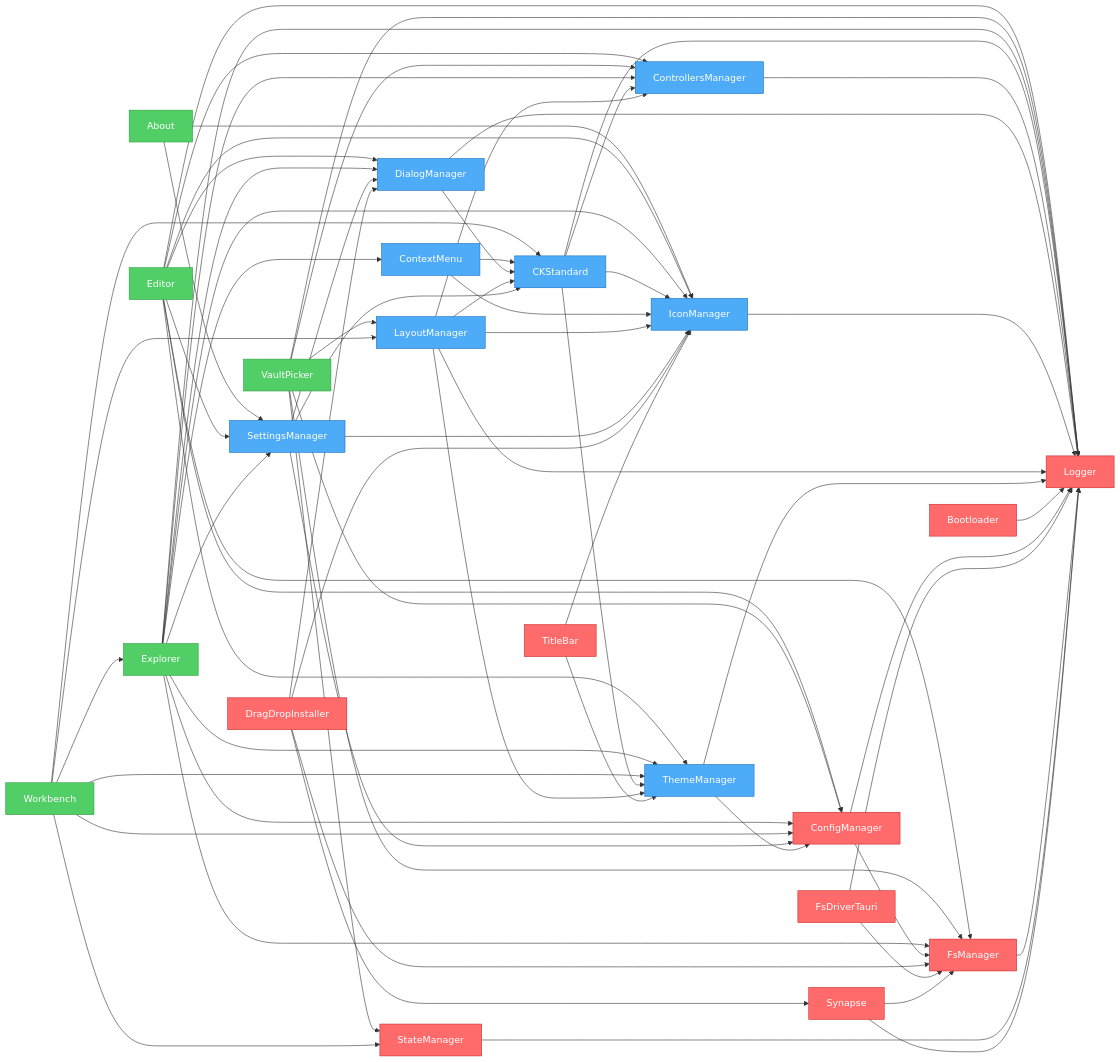
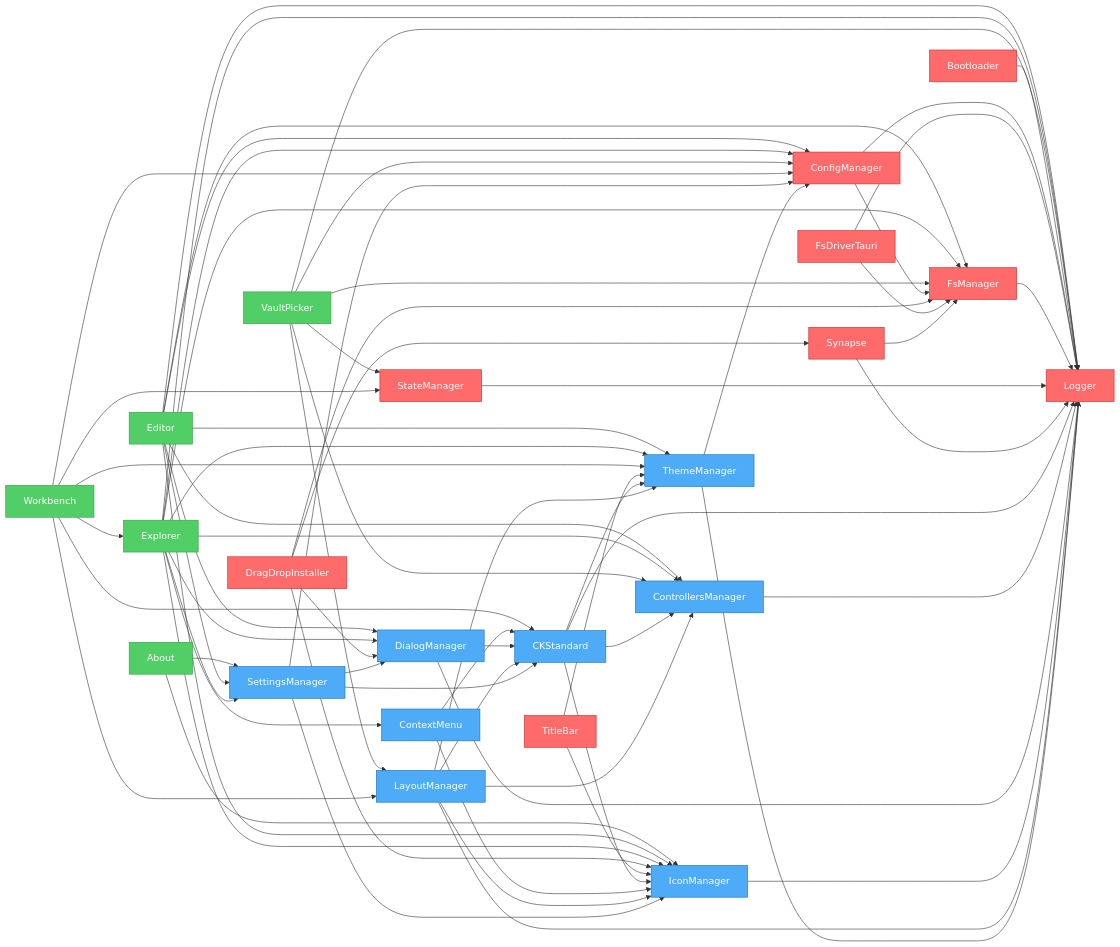
The diagram in artifacts/graph.mmd (khton-tech/notehub.md), drawn with Mermaid before and after one commit. The commit also changed other lines of this file and 31 other files, not shown here.

```diff
--- a/artifacts/graph.mmd
+++ b/artifacts/graph.mmd
@@ -1,99 +1,99 @@
 flowchart LR
     nh_features_about["About"]
     nh_features_editor["Editor"]
+    nh_features_explorer["Explorer"]
     nh_features_vault-picker["VaultPicker"]
-    nh_features_explorer["Explorer"]
     nh_features_workbench["Workbench"]
-    nh_ui_ck-standard["CKStandard"]
-    nh_ui_context-menu["ContextMenu"]
-    nh_ui_controllers-manager["ControllersManager"]
-    nh_ui_dialog-manager["DialogManager"]
-    nh_ui_icon-manager["IconManager"]
-    nh_ui_layout-manager["LayoutManager"]
-    nh_ui_settings-manager["SettingsManager"]
-    nh_ui_theme-manager["ThemeManager"]
     nh_system_bootloader["Bootloader"]
     nh_system_config-manager["ConfigManager"]
     nh_system_drag-drop["DragDropInstaller"]
     nh_system_fs-driver-tauri["FsDriverTauri"]
     nh_system_fs-manager["FsManager"]
     nh_system_logger["Logger"]
     nh_system_state-manager["StateManager"]
     nh_system_synapse["Synapse"]
     nh_system_titlebar["TitleBar"]
+    nh_ui_ck-standard["CKStandard"]
+    nh_ui_context-menu["ContextMenu"]
+    nh_ui_controllers-manager["ControllersManager"]
+    nh_ui_dialog-manager["DialogManager"]
+    nh_ui_icon-manager["IconManager"]
+    nh_ui_layout-manager["LayoutManager"]
+    nh_ui_settings-manager["SettingsManager"]
+    nh_ui_theme-manager["ThemeManager"]
     nh_features_about --> nh_ui_settings-manager
     nh_features_about --> nh_ui_icon-manager
     nh_features_editor --> nh_system_config-manager
     nh_features_editor --> nh_ui_settings-manager
     nh_features_editor --> nh_system_fs-manager
     nh_features_editor --> nh_system_logger
     nh_features_editor --> nh_ui_controllers-manager
     nh_features_editor --> nh_ui_dialog-manager
     nh_features_editor --> nh_ui_icon-manager
     nh_features_editor --> nh_ui_theme-manager
-    nh_features_vault-picker --> nh_system_fs-manager
-    nh_features_vault-picker --> nh_system_config-manager
-    nh_features_vault-picker --> nh_system_state-manager
-    nh_features_vault-picker --> nh_system_logger
-    nh_features_vault-picker --> nh_ui_controllers-manager
-    nh_features_vault-picker --> nh_ui_layout-manager
     nh_features_explorer --> nh_system_config-manager
     nh_features_explorer --> nh_ui_settings-manager
     nh_features_explorer --> nh_system_fs-manager
     nh_features_explorer --> nh_system_logger
     nh_features_explorer --> nh_ui_controllers-manager
     nh_features_explorer --> nh_ui_icon-manager
     nh_features_explorer --> nh_ui_theme-manager
     nh_features_explorer --> nh_ui_context-menu
     nh_features_explorer --> nh_ui_dialog-manager
+    nh_features_vault-picker --> nh_system_fs-manager
+    nh_features_vault-picker --> nh_system_config-manager
+    nh_features_vault-picker --> nh_system_state-manager
+    nh_features_vault-picker --> nh_system_logger
+    nh_features_vault-picker --> nh_ui_controllers-manager
+    nh_features_vault-picker --> nh_ui_layout-manager
     nh_features_workbench --> nh_system_config-manager
     nh_features_workbench --> nh_ui_layout-manager
     nh_features_workbench --> nh_ui_theme-manager
     nh_features_workbench --> nh_ui_ck-standard
     nh_features_workbench --> nh_system_state-manager
     nh_features_workbench --> nh_features_explorer
+    nh_system_bootloader --> nh_system_logger
+    nh_system_config-manager --> nh_system_logger
+    nh_system_config-manager --> nh_system_fs-manager
+    nh_system_drag-drop --> nh_ui_icon-manager
+    nh_system_drag-drop --> nh_ui_dialog-manager
+    nh_system_drag-drop --> nh_system_fs-manager
+    nh_system_drag-drop --> nh_system_synapse
+    nh_system_fs-driver-tauri --> nh_system_logger
+    nh_system_fs-driver-tauri --> nh_system_fs-manager
+    nh_system_fs-manager --> nh_system_logger
+    nh_system_state-manager --> nh_system_logger
+    nh_system_synapse --> nh_system_fs-manager
+    nh_system_synapse --> nh_system_logger
+    nh_system_titlebar --> nh_ui_icon-manager
+    nh_system_titlebar --> nh_ui_theme-manager
     nh_ui_ck-standard --> nh_system_logger
     nh_ui_ck-standard --> nh_ui_controllers-manager
     nh_ui_ck-standard --> nh_ui_icon-manager
     nh_ui_ck-standard --> nh_ui_theme-manager
     nh_ui_context-menu --> nh_ui_icon-manager
     nh_ui_context-menu --> nh_ui_ck-standard
     nh_ui_controllers-manager --> nh_system_logger
     nh_ui_dialog-manager --> nh_system_logger
     nh_ui_dialog-manager --> nh_ui_ck-standard
     nh_ui_icon-manager --> nh_system_logger
     nh_ui_layout-manager --> nh_system_logger
     nh_ui_layout-manager --> nh_ui_theme-manager
     nh_ui_layout-manager --> nh_ui_icon-manager
     nh_ui_layout-manager --> nh_ui_controllers-manager
     nh_ui_layout-manager --> nh_ui_ck-standard
     nh_ui_settings-manager --> nh_system_config-manager
     nh_ui_settings-manager --> nh_ui_ck-standard
     nh_ui_settings-manager --> nh_ui_icon-manager
     nh_ui_settings-manager --> nh_ui_dialog-manager
     nh_ui_theme-manager --> nh_system_logger
     nh_ui_theme-manager --> nh_system_config-manager
-    nh_system_bootloader --> nh_system_logger
-    nh_system_config-manager --> nh_system_logger
-    nh_system_config-manager --> nh_system_fs-manager
-    nh_system_drag-drop --> nh_ui_icon-manager
-    nh_system_drag-drop --> nh_ui_dialog-manager
-    nh_system_drag-drop --> nh_system_fs-manager
-    nh_system_drag-drop --> nh_system_synapse
-    nh_system_fs-driver-tauri --> nh_system_logger
-    nh_system_fs-driver-tauri --> nh_system_fs-manager
-    nh_system_fs-manager --> nh_system_logger
-    nh_system_state-manager --> nh_system_logger
-    nh_system_synapse --> nh_system_fs-manager
-    nh_system_synapse --> nh_system_logger
-    nh_system_titlebar --> nh_ui_icon-manager
-    nh_system_titlebar --> nh_ui_theme-manager
 
     %% Styles
     classDef system fill:#ff6b6b,stroke:#c92a2a,color:#fff
     classDef ui fill:#4dabf7,stroke:#1971c2,color:#fff
     classDef feature fill:#51cf66,stroke:#2f9e44,color:#fff
     class nh_features_about,nh_features_vault-picker feature
     class nh_features_editor,nh_features_explorer,nh_features_workbench feature
+    class nh_system_bootloader,nh_system_config-manager,nh_system_drag-drop,nh_system_fs-driver-tauri,nh_system_fs-manager,nh_system_logger,nh_system_state-manager,nh_system_synapse,nh_system_titlebar system
     class nh_ui_ck-standard,nh_ui_context-menu,nh_ui_controllers-manager,nh_ui_dialog-manager,nh_ui_icon-manager,nh_ui_layout-manager,nh_ui_settings-manager,nh_ui_theme-manager ui
-    class nh_system_bootloader,nh_system_config-manager,nh_system_drag-drop,nh_system_fs-driver-tauri,nh_system_fs-manager,nh_system_logger,nh_system_state-manager,nh_system_synapse,nh_system_titlebar system
```
